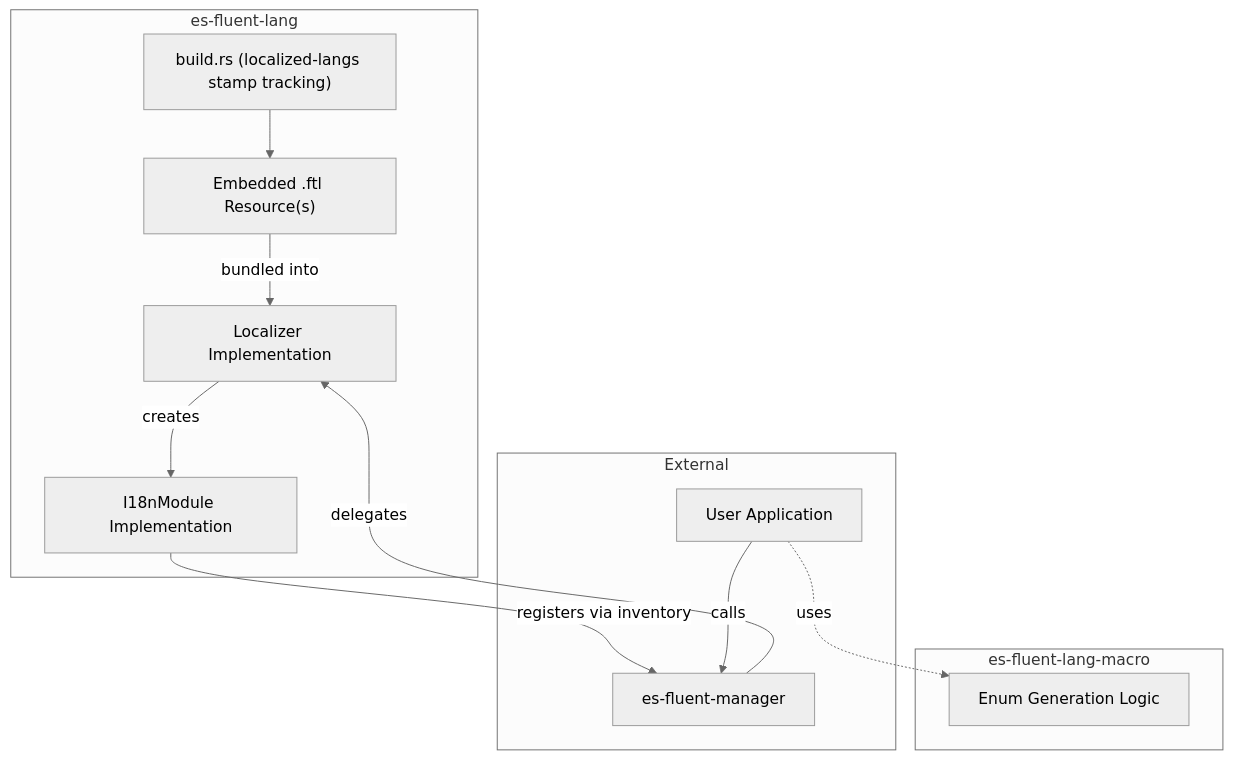
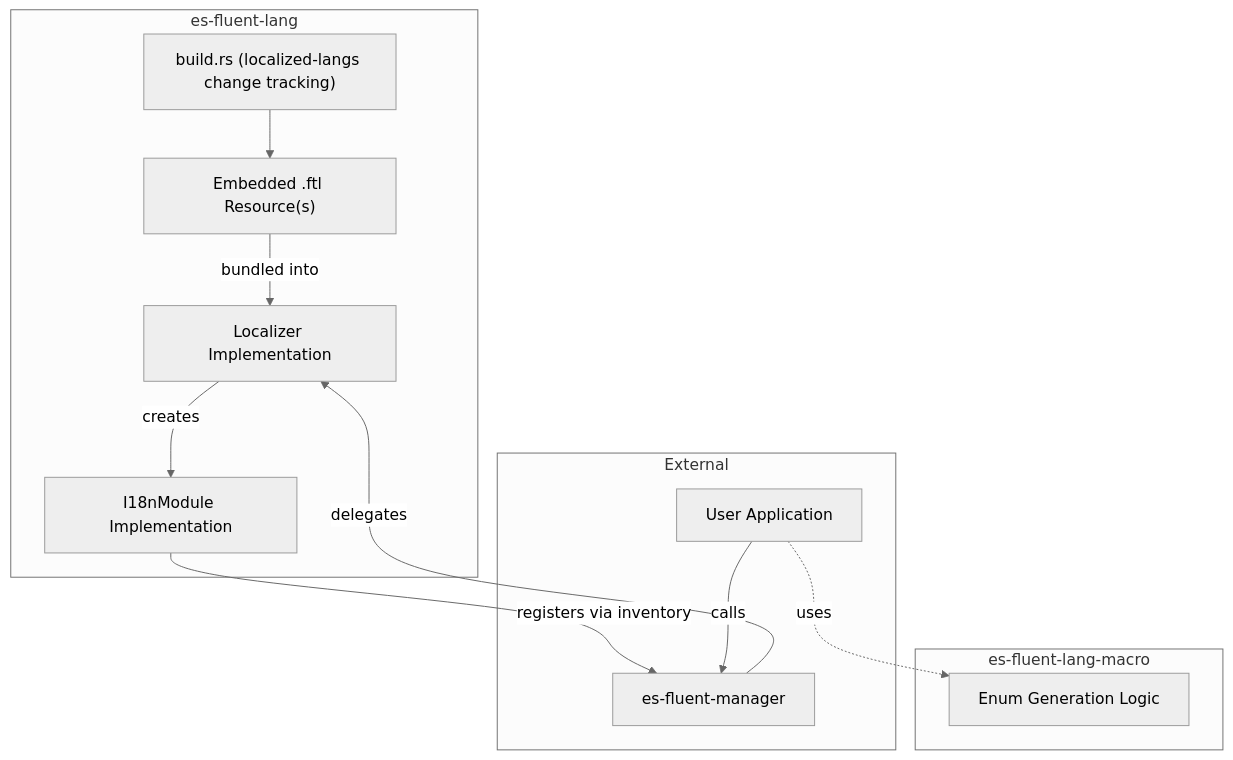
The diagram in crates/es-fluent-lang/docs/ARCHITECTURE.md (stayhydated/es-fluent), drawn with Mermaid (neutral theme) before and after one commit. The commit also changed 2 other files, not shown here.

````diff
--- a/crates/es-fluent-lang/docs/ARCHITECTURE.md
+++ b/crates/es-fluent-lang/docs/ARCHITECTURE.md
@@ -15,26 +15,26 @@
 ```mermaid
 flowchart TD
     subgraph CRATE["es-fluent-lang"]
         RES["Embedded .ftl Resource(s)"]
         LOC["Localizer Implementation"]
         MOD["I18nModule Implementation"]
-        BUILD["build.rs (localized-langs stamp tracking)"]
+        BUILD["build.rs (localized-langs change tracking)"]
     end
 
     subgraph MACRO["es-fluent-lang-macro"]
         GEN["Enum Generation Logic"]
     end
 
     subgraph EXT["External"]
         MGR["es-fluent-manager"]
         APP["User Application"]
     end
 
     RES -->|bundled into| LOC
     BUILD --> RES
     LOC -->|creates| MOD
     MOD -->|registers via inventory| MGR
     APP -->|calls| MGR
     MGR -->|delegates| LOC
     APP -.->|uses| GEN
 ```
````
